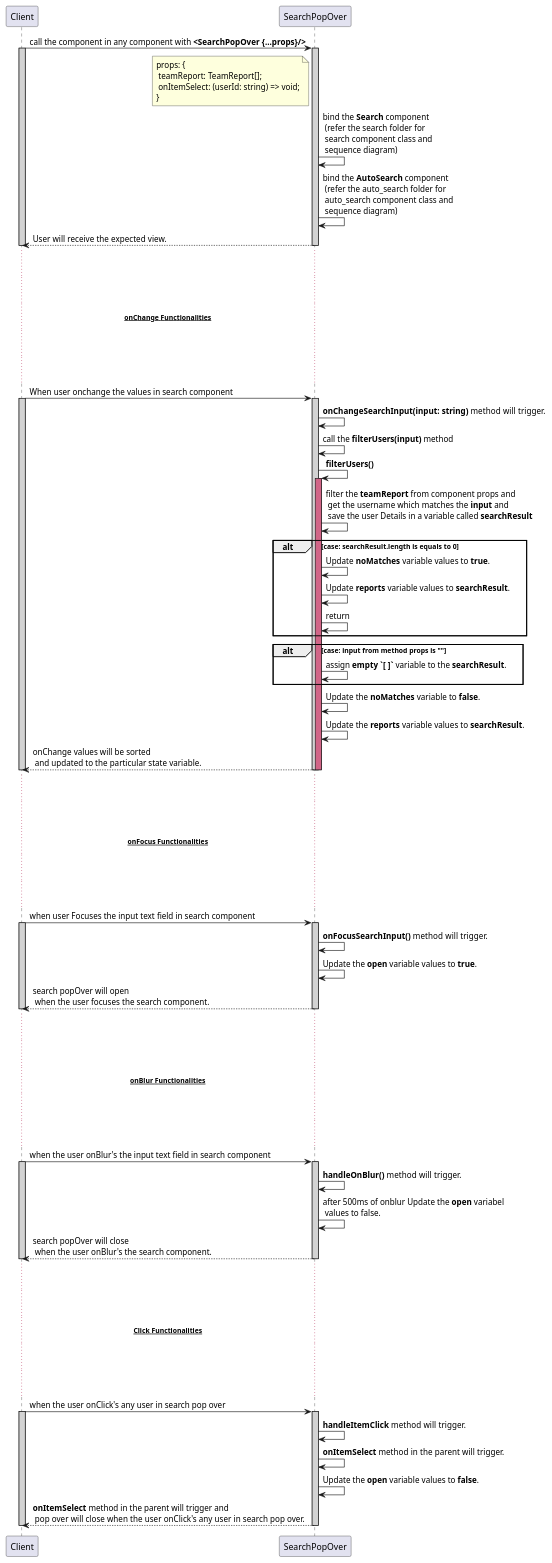
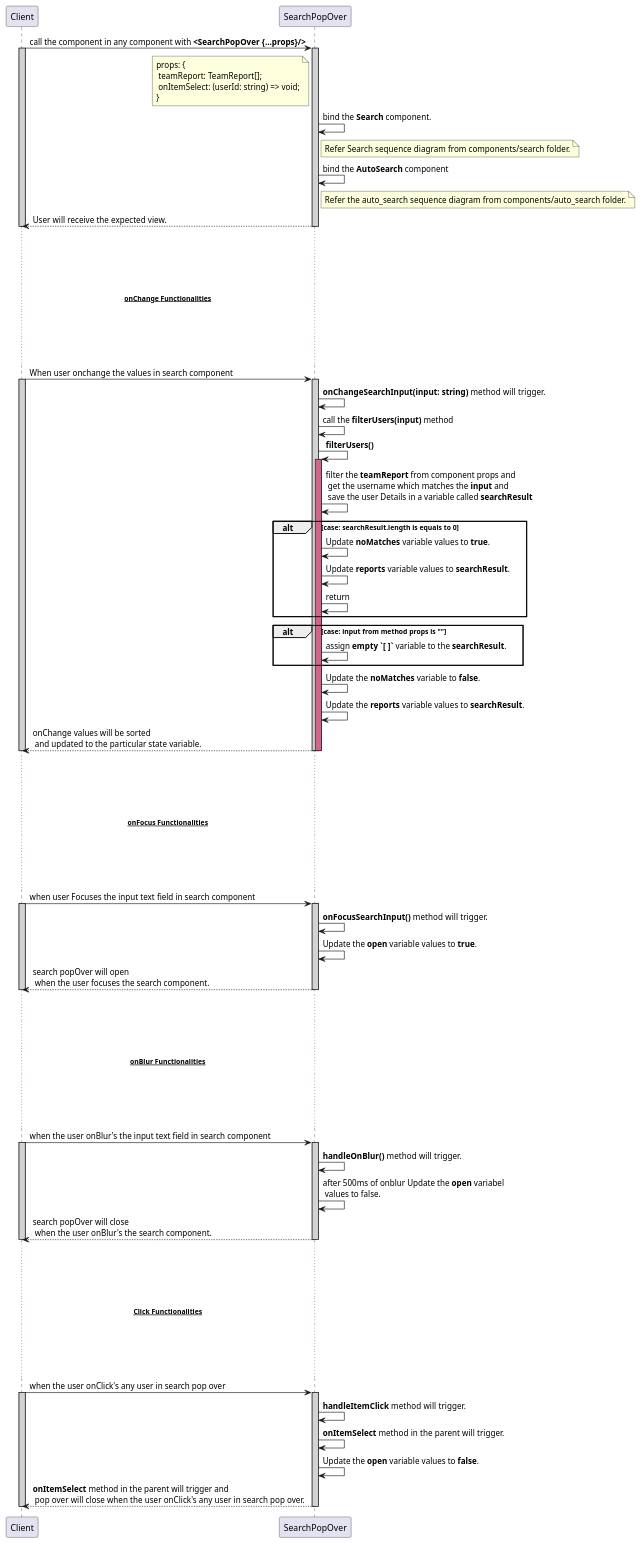
Before and after one commit to avasoft-mobility/workday-design: the diagram in frontend/components/search_pop_over/search_pop_over.sequence.puml, drawn with PlantUML. The commit also changed 8 other files, not shown here.

```diff
--- a/frontend/components/search_pop_over/search_pop_over.sequence.puml
+++ b/frontend/components/search_pop_over/search_pop_over.sequence.puml
@@ -1,91 +1,93 @@
 @startuml search pop_over sequence diagram
 participant Client
 participant SearchPopOver
 
 Client -> SearchPopOver : call the component in any component with **<SearchPopOver {...props}/>**
 activate Client #D3D3D3
     activate SearchPopOver #D3D3D3
         note left of SearchPopOver : props: {\n teamReport: TeamReport[];\n onItemSelect: (userId: string) => void;\n}
-        SearchPopOver -> SearchPopOver : bind the **Search** component\n (refer the search folder for\n search component class and\n sequence diagram)
-        SearchPopOver -> SearchPopOver : bind the **AutoSearch** component\n (refer the auto_search folder for\n auto_search component class and\n sequence diagram)
+        SearchPopOver -> SearchPopOver : bind the **Search** component.
+        note right of SearchPopOver : Refer Search sequence diagram from components/search folder.
+        SearchPopOver -> SearchPopOver : bind the **AutoSearch** component
+        note right of SearchPopOver : Refer the auto_search sequence diagram from components/auto_search folder.
         Client <-- SearchPopOver : User will receive the expected view.
     deactivate SearchPopOver
 deactivate Client
 
 ... ...
 ... ...
 ...~~**onChange Functionalities**~~ ...
 ... ...
 ... ...
 
 Client -> SearchPopOver : When user onchange the values in search component
 activate Client #D3D3D3
     activate SearchPopOver #D3D3D3
         SearchPopOver -> SearchPopOver : **onChangeSearchInput(input: string)** method will trigger.
         SearchPopOver -> SearchPopOver : call the **filterUsers(input)** method
         SearchPopOver -> SearchPopOver : **filterUsers()**
         activate SearchPopOver #D16587
             SearchPopOver -> SearchPopOver : filter the **teamReport** from component props and\n get the username which matches the **input** and\n save the user Details in a variable called **searchResult**
             alt case: searchResult.length is equals to 0
                 SearchPopOver -> SearchPopOver : Update **noMatches** variable values to **true**.
                 SearchPopOver -> SearchPopOver : Update **reports** variable values to **searchResult**.
                 SearchPopOver -> SearchPopOver : return
             end
             alt case: input from method props is ""
                 SearchPopOver -> SearchPopOver : assign **empty `[ ]`** variable to the **searchResult**.
             end
             SearchPopOver -> SearchPopOver : Update the **noMatches** variable to **false**.
             SearchPopOver -> SearchPopOver : Update the **reports** variable values to **searchResult**.
             Client <-- SearchPopOver : onChange values will be sorted\n and updated to the particular state variable.
         deactivate SearchPopOver
     deactivate SearchPopOver
 deactivate Client
 
 ... ...
 ... ...
 ...~~**onFocus Functionalities**~~ ...
 ... ...
 ... ...
 
 Client -> SearchPopOver : when user Focuses the input text field in search component
 activate Client #D3D3D3
     activate SearchPopOver #D3D3D3
         SearchPopOver -> SearchPopOver : **onFocusSearchInput()** method will trigger.
         SearchPopOver -> SearchPopOver : Update the **open** variable values to **true**.
         Client <-- SearchPopOver : search popOver will open\n when the user focuses the search component.
     deactivate SearchPopOver
 deactivate Client
 
 
 ... ...
 ... ...
 ...~~**onBlur Functionalities**~~ ...
 ... ...
 ... ...
 
 Client -> SearchPopOver : when the user onBlur's the input text field in search component
 activate Client #D3D3D3
     activate SearchPopOver #D3D3D3
         SearchPopOver -> SearchPopOver : **handleOnBlur()** method will trigger.
         SearchPopOver -> SearchPopOver : after 500ms of onblur Update the **open** variabel\n values to false.
         Client <-- SearchPopOver : search popOver will close\n when the user onBlur's the search component.
     deactivate SearchPopOver
 deactivate Client
 
 ... ...
 ... ...
 ...~~**Click Functionalities**~~ ...
 ... ...
 ... ...
 
 Client -> SearchPopOver : when the user onClick's any user in search pop over
 activate Client #D3D3D3
     activate SearchPopOver #D3D3D3
         SearchPopOver -> SearchPopOver : **handleItemClick** method will trigger.
         SearchPopOver -> SearchPopOver : **onItemSelect** method in the parent will trigger.
         SearchPopOver -> SearchPopOver : Update the **open** variable values to **false**.
         Client <-- SearchPopOver : **onItemSelect** method in the parent will trigger and\n pop over will close when the user onClick's any user in search pop over.
     deactivate SearchPopOver
 deactivate Client
 
 @enduml
```
